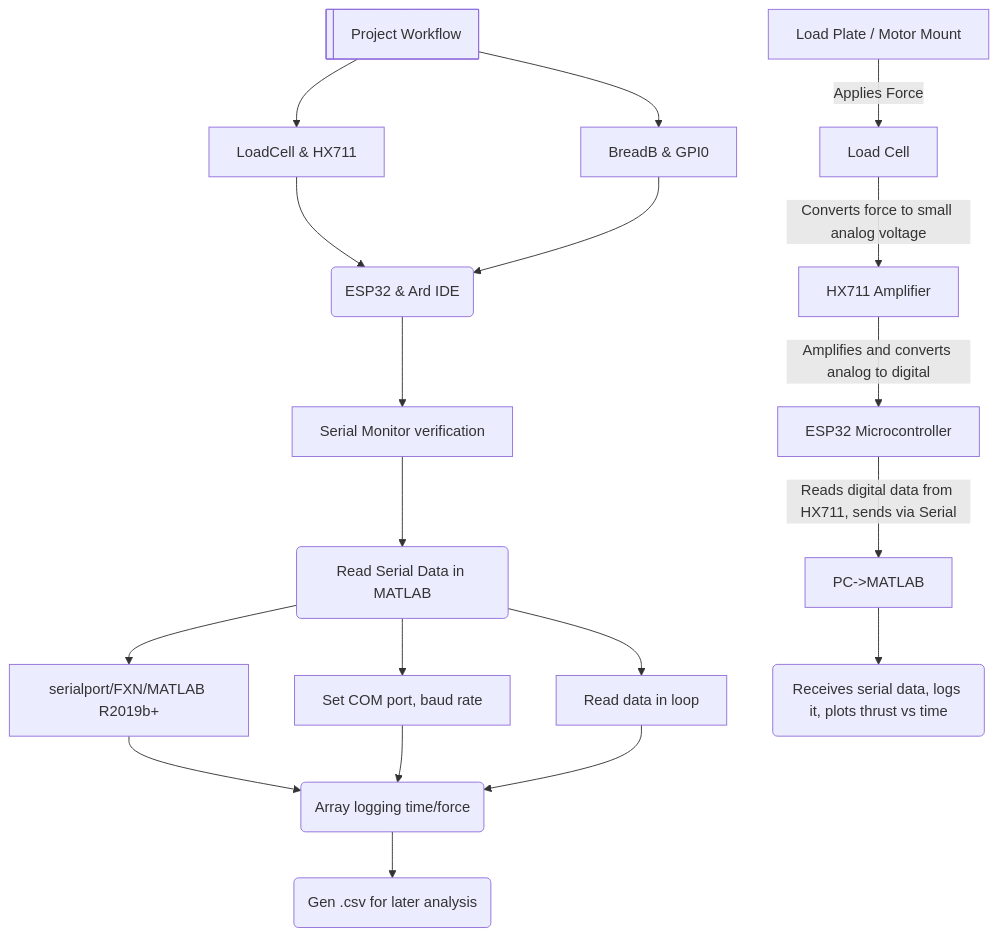
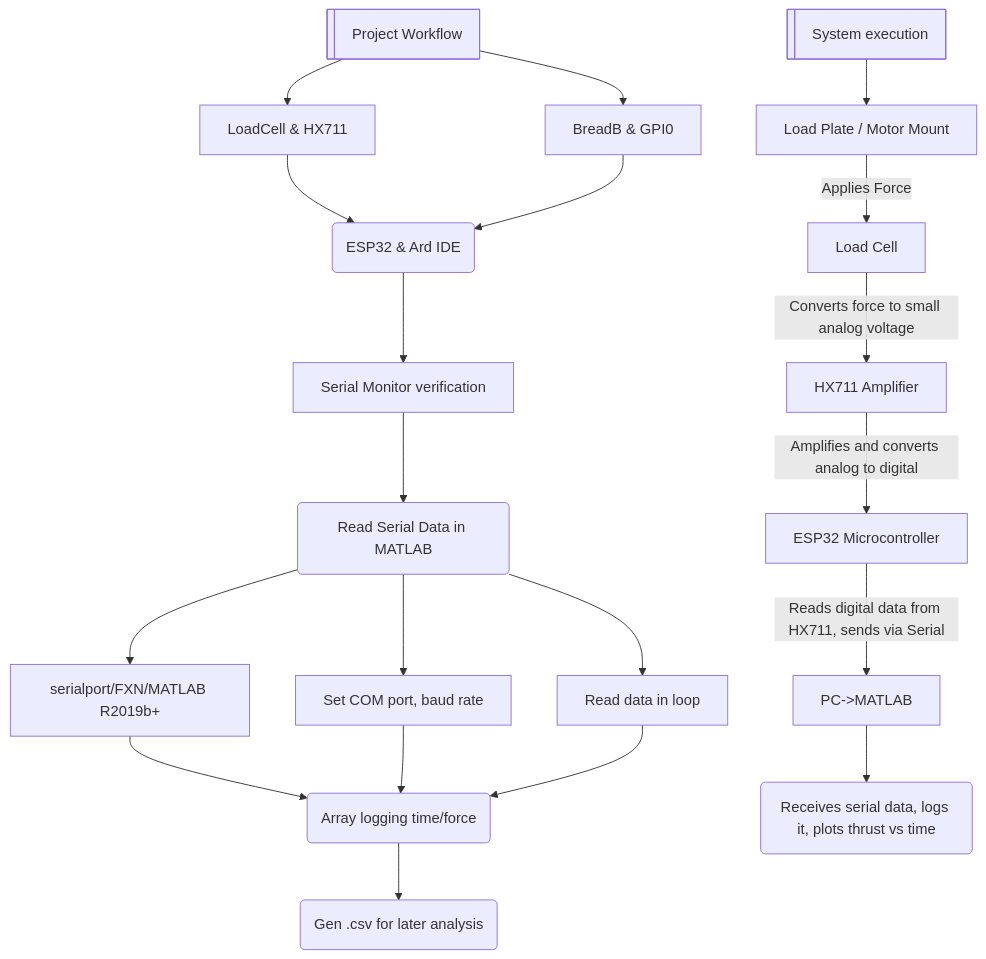
One commit to TF-141-0/IITKRaSET_axial_thrust-Load-cell_amp-plot changed the diagram in README.md. Above: the diagram before and after it, drawn with Mermaid.

````diff
--- a/README.md
+++ b/README.md
@@ -4,23 +4,24 @@
 ```mermaid
 flowchart TD
     LIP[Project Workflow] -->A
     LIP[Project Workflow] -->B
     B[LoadCell & HX711] --> C(ESP32 & Ard IDE)
     A[BreadB & GPI0] --> C
     C --> D[Serial Monitor verification]
     D --> E(Read Serial Data in MATLAB)
     E --> F[serialport/FXN/MATLAB R2019b+]
     E --> G[Set COM port, baud rate]
     E --> H[Read data in loop]
     F --> I(Array logging time/force)
     G --> I
     H --> I
     I --> J(Gen .csv for later analysis)
 LIP@{ shape: lin-proc}
-
+    LIP2[System execution] --> LP
     LP[ Load Plate / Motor Mount ] --> |Applies Force|AF[ Load Cell ]
      AF -->|Converts force to small analog voltage|HX[HX711 Amplifier]
      HX -->|Amplifies and converts analog to digital|ESP[ ESP32 Microcontroller ]
      ESP -->|Reads digital data from HX711, sends via Serial|MT[ PC->MATLAB ]
      MT -->SX(Receives serial data, logs it, plots thrust vs time)
+LIP2@{ shape: lin-proc}
   ```
````
